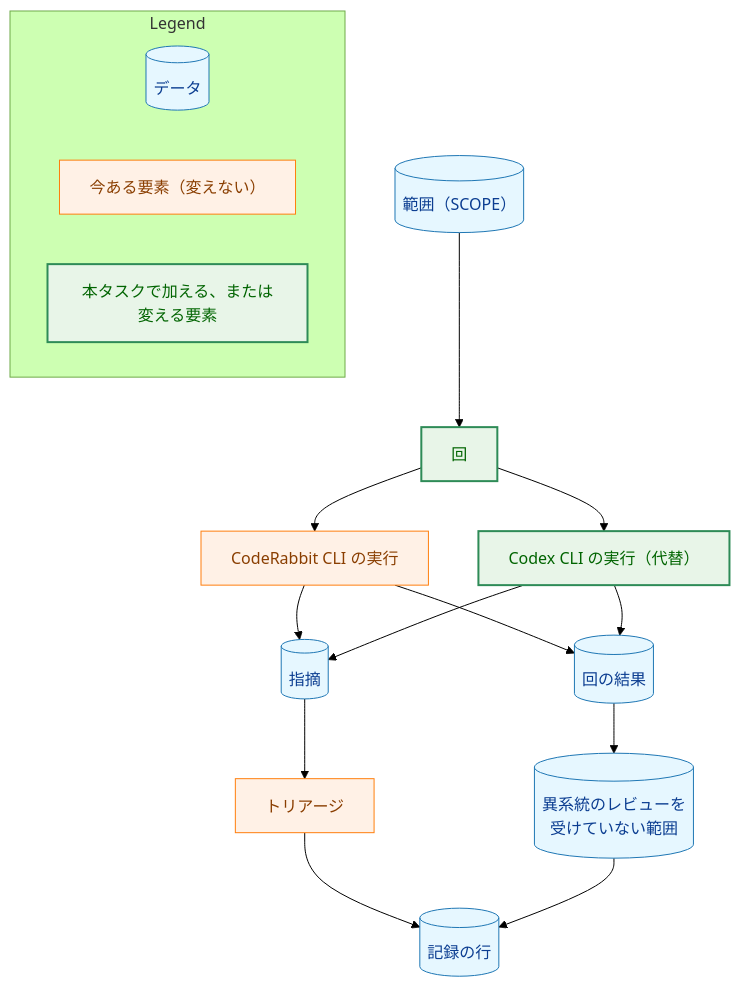
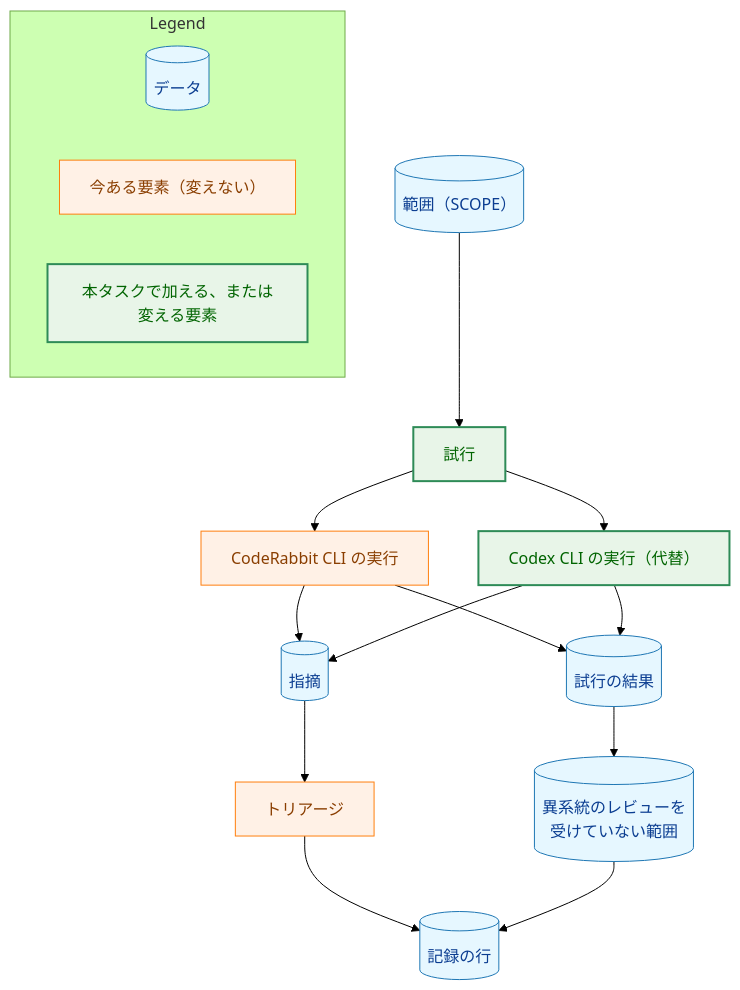
One commit to isseis/yt2column changed the first of 5 diagrams in docs/tasks/0049_codex_local_review/02_architecture.md. Above: the diagram before and after it, drawn with Mermaid (forest theme). The commit also changed other lines of this file and 2 other files, not shown here.

````diff
--- a/docs/tasks/0049_codex_local_review/02_architecture.md
+++ b/docs/tasks/0049_codex_local_review/02_architecture.md
@@ -80,41 +80,41 @@
 ```mermaid
 flowchart TD
     classDef data fill:#e6f7ff,stroke:#1f77b4,stroke-width:1px,color:#0b3d91;
     classDef process fill:#fff1e6,stroke:#ff7f0e,stroke-width:1px,color:#8a3e00;
     classDef enhanced fill:#e8f5e8,stroke:#2e8b57,stroke-width:2px,color:#006400;
 
     SCOPE[("範囲（SCOPE）")]
-    ROUND["回"]
+    ROUND["試行"]
     CR["CodeRabbit CLI の実行"]
     CX["Codex CLI の実行（代替）"]
-    RESULT[("回の結果")]
+    RESULT[("試行の結果")]
     FINDING[("指摘")]
     TRIAGE["トリアージ"]
     REC[("記録の行")]
     UNREV[("異系統のレビューを<br>受けていない範囲")]
 
     SCOPE --> ROUND
     ROUND --> CR
     ROUND --> CX
     CR --> RESULT
     CX --> RESULT
     CR --> FINDING
     CX --> FINDING
     FINDING --> TRIAGE
     TRIAGE --> REC
     RESULT --> UNREV
     UNREV --> REC
 
     class SCOPE,RESULT,FINDING,REC,UNREV data
     class CR,TRIAGE process
     class ROUND,CX enhanced
 
     subgraph Legend["Legend"]
         L1[("データ")]
         L2["今ある要素（変えない）"]
         L3["本タスクで加える、または変える要素"]
     end
     class L1 data
     class L2 process
     class L3 enhanced
 ```
````
